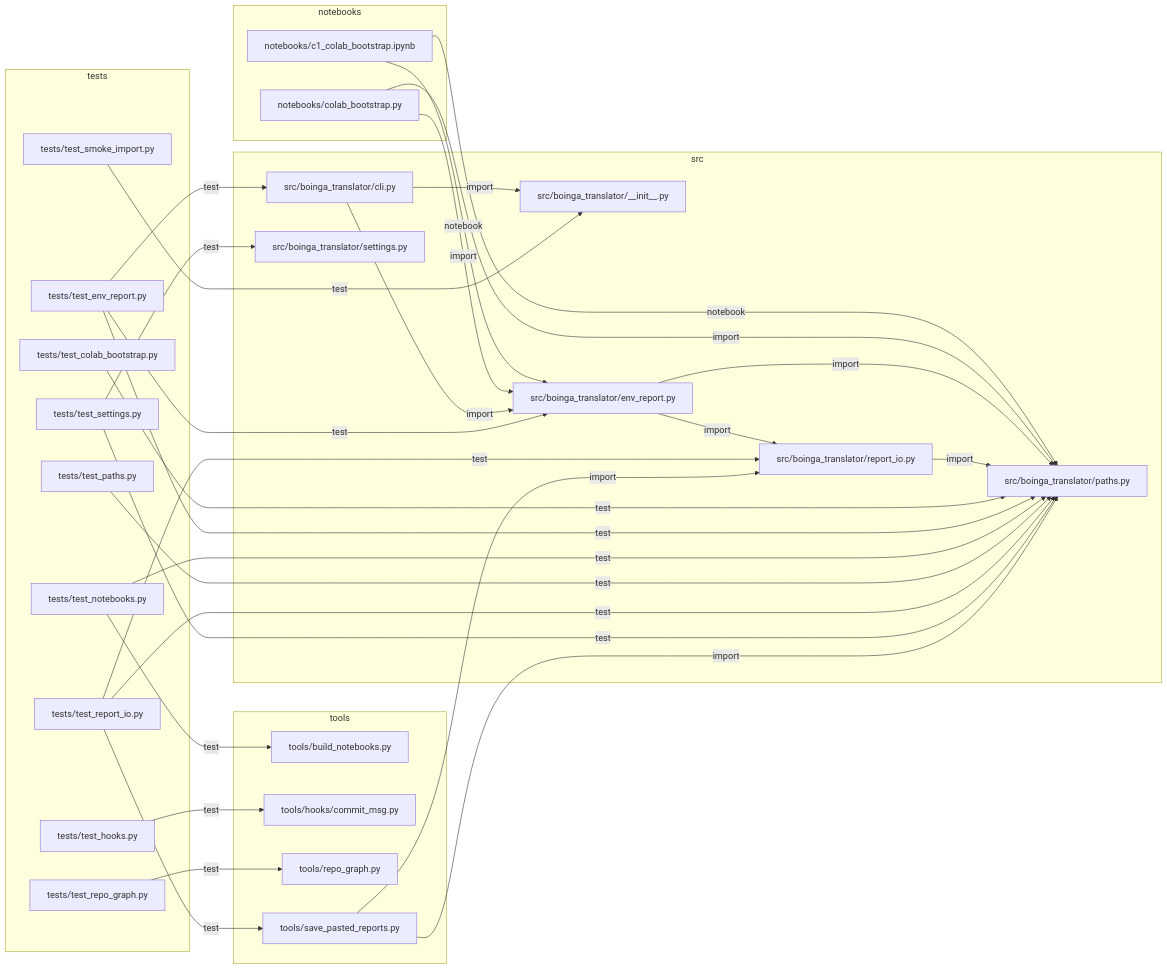
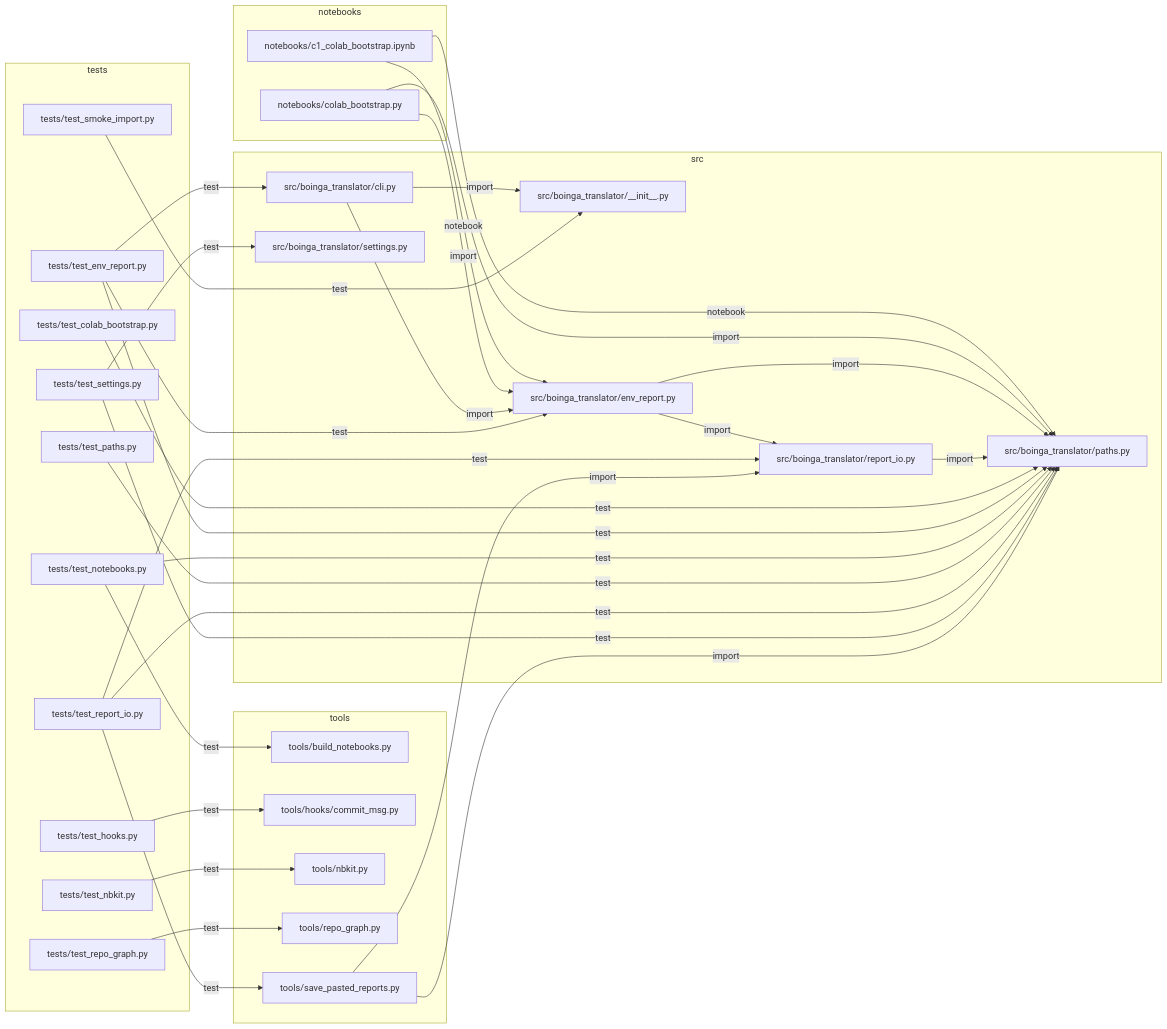
One commit to asparagusD/boinga-translator changed the diagram in docs/REPO_GRAPH.md. Above: the diagram before and after it, drawn with Mermaid. The commit also changed other lines of this file and 4 other files, not shown here.

````diff
--- a/docs/REPO_GRAPH.md
+++ b/docs/REPO_GRAPH.md
@@ -70,58 +72,61 @@
 ```mermaid
 graph LR
   subgraph sg_notebooks["notebooks"]
     n_notebooks_c1_colab_bootstrap_ipynb["notebooks/c1_colab_bootstrap.ipynb"]
     n_notebooks_colab_bootstrap_py["notebooks/colab_bootstrap.py"]
   end
   subgraph sg_src["src"]
     n_src_boinga_translator___init___py["src/boinga_translator/__init__.py"]
     n_src_boinga_translator_cli_py["src/boinga_translator/cli.py"]
     n_src_boinga_translator_env_report_py["src/boinga_translator/env_report.py"]
     n_src_boinga_translator_paths_py["src/boinga_translator/paths.py"]
     n_src_boinga_translator_report_io_py["src/boinga_translator/report_io.py"]
     n_src_boinga_translator_settings_py["src/boinga_translator/settings.py"]
   end
   subgraph sg_tests["tests"]
     n_tests_test_colab_bootstrap_py["tests/test_colab_bootstrap.py"]
     n_tests_test_env_report_py["tests/test_env_report.py"]
     n_tests_test_hooks_py["tests/test_hooks.py"]
+    n_tests_test_nbkit_py["tests/test_nbkit.py"]
     n_tests_test_notebooks_py["tests/test_notebooks.py"]
     n_tests_test_paths_py["tests/test_paths.py"]
     n_tests_test_repo_graph_py["tests/test_repo_graph.py"]
     n_tests_test_report_io_py["tests/test_report_io.py"]
     n_tests_test_settings_py["tests/test_settings.py"]
     n_tests_test_smoke_import_py["tests/test_smoke_import.py"]
   end
   subgraph sg_tools["tools"]
     n_tools_build_notebooks_py["tools/build_notebooks.py"]
     n_tools_hooks_commit_msg_py["tools/hooks/commit_msg.py"]
+    n_tools_nbkit_py["tools/nbkit.py"]
     n_tools_repo_graph_py["tools/repo_graph.py"]
     n_tools_save_pasted_reports_py["tools/save_pasted_reports.py"]
   end
   n_notebooks_c1_colab_bootstrap_ipynb -->|notebook| n_src_boinga_translator_env_report_py
   n_notebooks_c1_colab_bootstrap_ipynb -->|notebook| n_src_boinga_translator_paths_py
   n_notebooks_colab_bootstrap_py -->|import| n_src_boinga_translator_env_report_py
   n_notebooks_colab_bootstrap_py -->|import| n_src_boinga_translator_paths_py
   n_src_boinga_translator_cli_py -->|import| n_src_boinga_translator___init___py
   n_src_boinga_translator_cli_py -->|import| n_src_boinga_translator_env_report_py
   n_src_boinga_translator_env_report_py -->|import| n_src_boinga_translator_paths_py
   n_src_boinga_translator_env_report_py -->|import| n_src_boinga_translator_report_io_py
   n_src_boinga_translator_report_io_py -->|import| n_src_boinga_translator_paths_py
   n_tests_test_colab_bootstrap_py -->|test| n_src_boinga_translator_paths_py
   n_tests_test_env_report_py -->|test| n_src_boinga_translator_cli_py
   n_tests_test_env_report_py -->|test| n_src_boinga_translator_env_report_py
   n_tests_test_env_report_py -->|test| n_src_boinga_translator_paths_py
   n_tests_test_hooks_py -->|test| n_tools_hooks_commit_msg_py
+  n_tests_test_nbkit_py -->|test| n_tools_nbkit_py
   n_tests_test_notebooks_py -->|test| n_src_boinga_translator_paths_py
   n_tests_test_notebooks_py -->|test| n_tools_build_notebooks_py
   n_tests_test_paths_py -->|test| n_src_boinga_translator_paths_py
   n_tests_test_repo_graph_py -->|test| n_tools_repo_graph_py
   n_tests_test_report_io_py -->|test| n_src_boinga_translator_paths_py
   n_tests_test_report_io_py -->|test| n_src_boinga_translator_report_io_py
   n_tests_test_report_io_py -->|test| n_tools_save_pasted_reports_py
   n_tests_test_settings_py -->|test| n_src_boinga_translator_paths_py
   n_tests_test_settings_py -->|test| n_src_boinga_translator_settings_py
   n_tests_test_smoke_import_py -->|test| n_src_boinga_translator___init___py
   n_tools_save_pasted_reports_py -->|import| n_src_boinga_translator_paths_py
   n_tools_save_pasted_reports_py -->|import| n_src_boinga_translator_report_io_py
 ```
````
